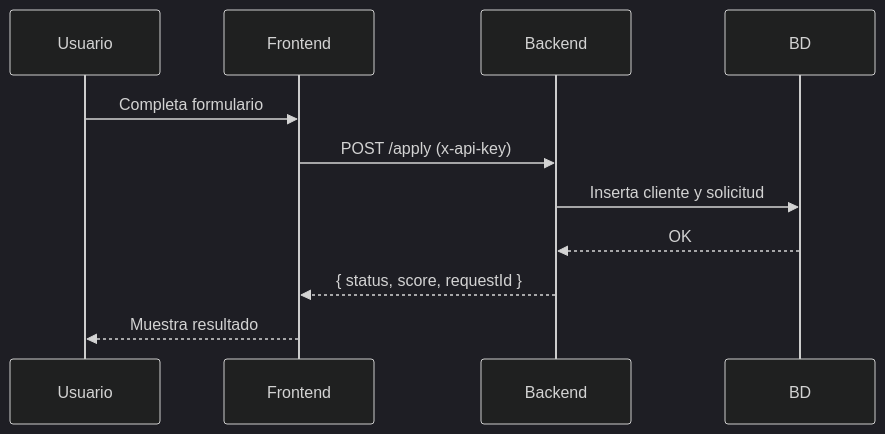
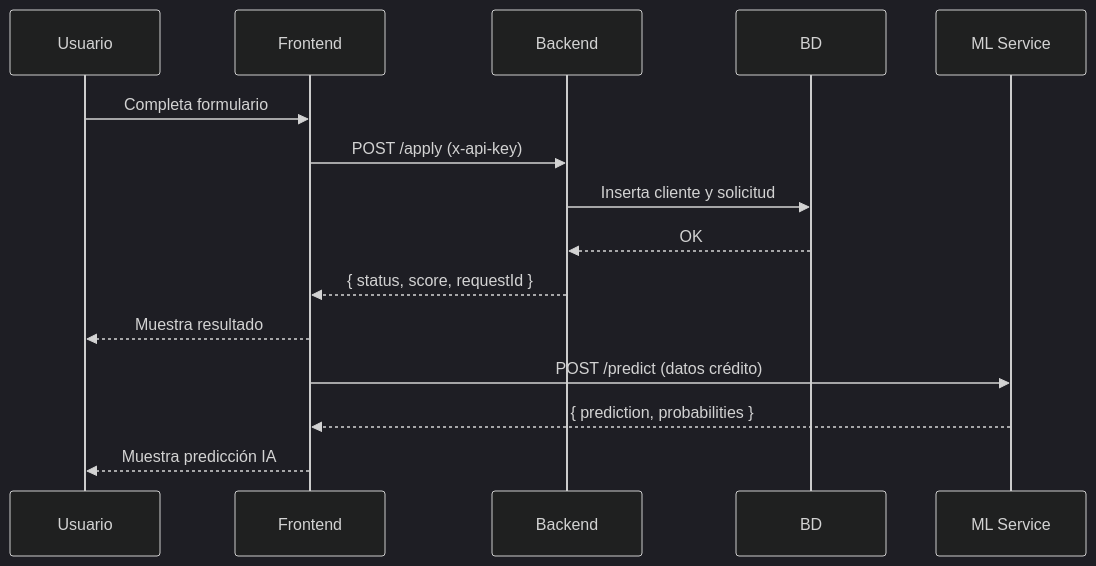
One commit to iisaacii/credit-app changed the second of 2 diagrams in README.md. Above: the diagram before and after it, drawn with Mermaid (dark theme). The commit also changed other lines of this file and 5 other files, not shown here.

````diff
--- a/README.md
+++ b/README.md
@@ -177,14 +232,18 @@
 ```mermaid
 sequenceDiagram
     participant U as Usuario
     participant FE as Frontend
     participant API as Backend
     participant DB as BD
+    participant ML as ML Service
 
     U->>FE: Completa formulario
     FE->>API: POST /apply (x-api-key)
     API->>DB: Inserta cliente y solicitud
     DB-->>API: OK
     API-->>FE: { status, score, requestId }
     FE-->>U: Muestra resultado
+    FE->>ML: POST /predict (datos crédito)
+    ML-->>FE: { prediction, probabilities }
+    FE-->>U: Muestra predicción IA
 ```
````
